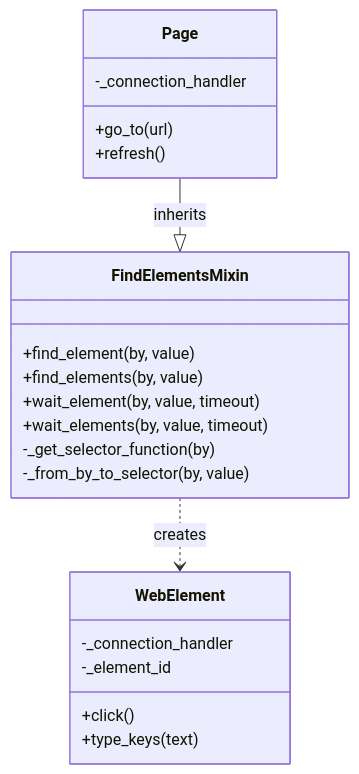
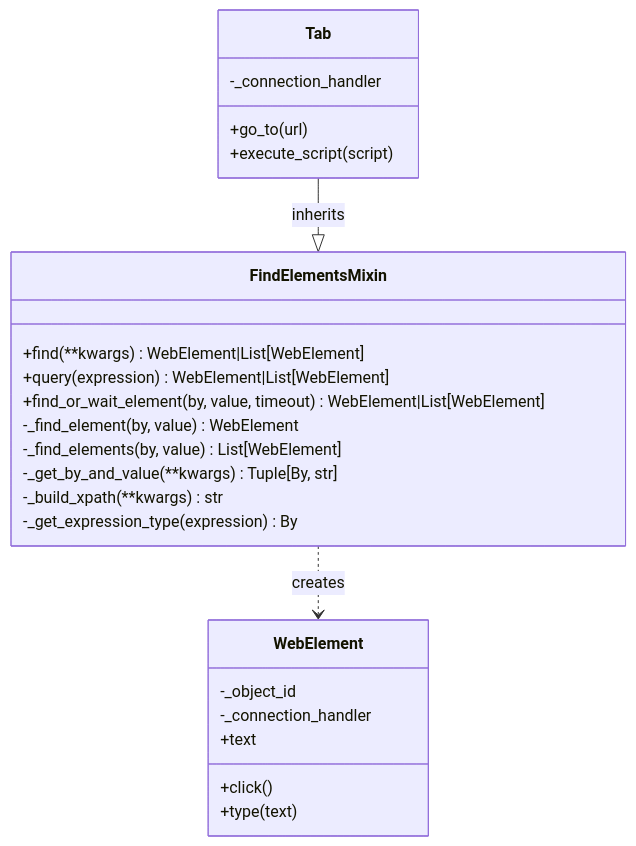
The third of 3 diagrams in docs/deep-dive/find-elements-mixin.md (yie1d/pydoll), drawn with Mermaid before and after one commit. The commit also changed other lines of this file and 38 other files, not shown here.

````diff
--- a/docs/deep-dive/find-elements-mixin.md
+++ b/docs/deep-dive/find-elements-mixin.md
@@ -445,27 +428,30 @@
 ```mermaid
 classDiagram
     class FindElementsMixin {
-        +find_element(by, value)
-        +find_elements(by, value)
-        +wait_element(by, value, timeout)
-        +wait_elements(by, value, timeout)
-        -_get_selector_function(by)
-        -_from_by_to_selector(by, value)
+        +find(**kwargs) WebElement|List[WebElement]
+        +query(expression) WebElement|List[WebElement]
+        +find_or_wait_element(by, value, timeout) WebElement|List[WebElement]
+        -_find_element(by, value) WebElement
+        -_find_elements(by, value) List[WebElement]
+        -_get_by_and_value(**kwargs) Tuple[By, str]
+        -_build_xpath(**kwargs) str
+        -_get_expression_type(expression) By
     }
     
-    class Page {
+    class Tab {
         -_connection_handler
         +go_to(url)
-        +refresh()
+        +execute_script(script)
     }
     
     class WebElement {
+        -_object_id
         -_connection_handler
-        -_element_id
         +click()
-        +type_keys(text)
+        +type(text)
+        +text
     }
     
-    Page --|> FindElementsMixin : inherits
+    Tab --|> FindElementsMixin : inherits
     FindElementsMixin ..> WebElement : creates
 ```
````
